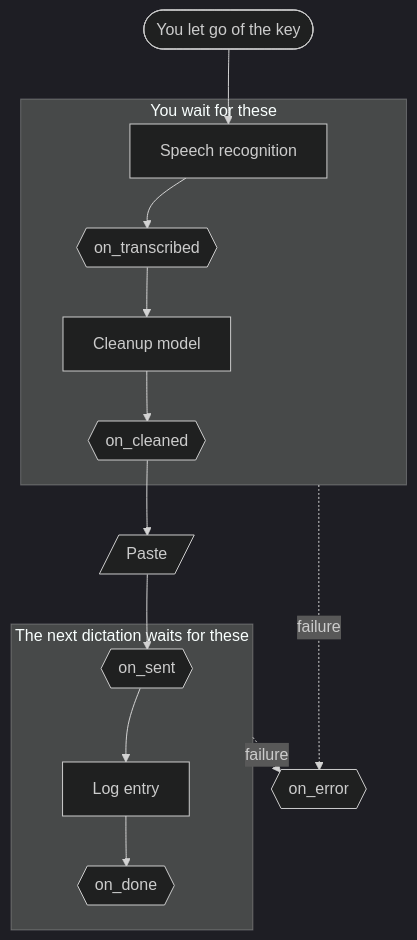
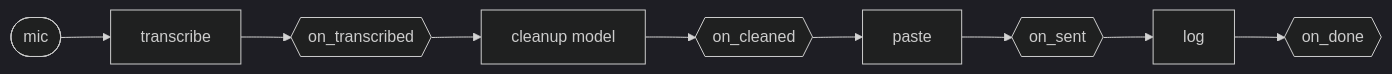
The diagram in docs/hooks.md (nigelgilbert/KikuFlow), drawn with Mermaid (dark theme) before and after one commit.

Commit message:
Draw the hook lifecycle left to right, one row like the README's

````diff
--- a/docs/hooks.md
+++ b/docs/hooks.md
@@ -6,26 +6,5 @@
 ```mermaid
-flowchart TD
-    mic([You let go of the key]) --> stt[Speech recognition]
-    stt --> t{{on_transcribed}}
-    t --> clean[Cleanup model]
-    clean --> c{{on_cleaned}}
-    c --> paste[/Paste/]
-    paste --> s{{on_sent}}
-    s --> log[Log entry]
-    log --> d{{on_done}}
-
-    subgraph before [You wait for these]
-        stt
-        t
-        clean
-        c
-    end
-    subgraph after [The next dictation waits for these]
-        s
-        log
-        d
-    end
-
-    before -. failure .-> e{{on_error}}
-    after -. failure .-> e
+flowchart LR
+    mic([mic]) --> stt[transcribe] --> t{{on_transcribed}} --> clean[cleanup model]
+    clean --> c{{on_cleaned}} --> paste[paste] --> s{{on_sent}} --> log[log] --> d{{on_done}}
 ```
````
